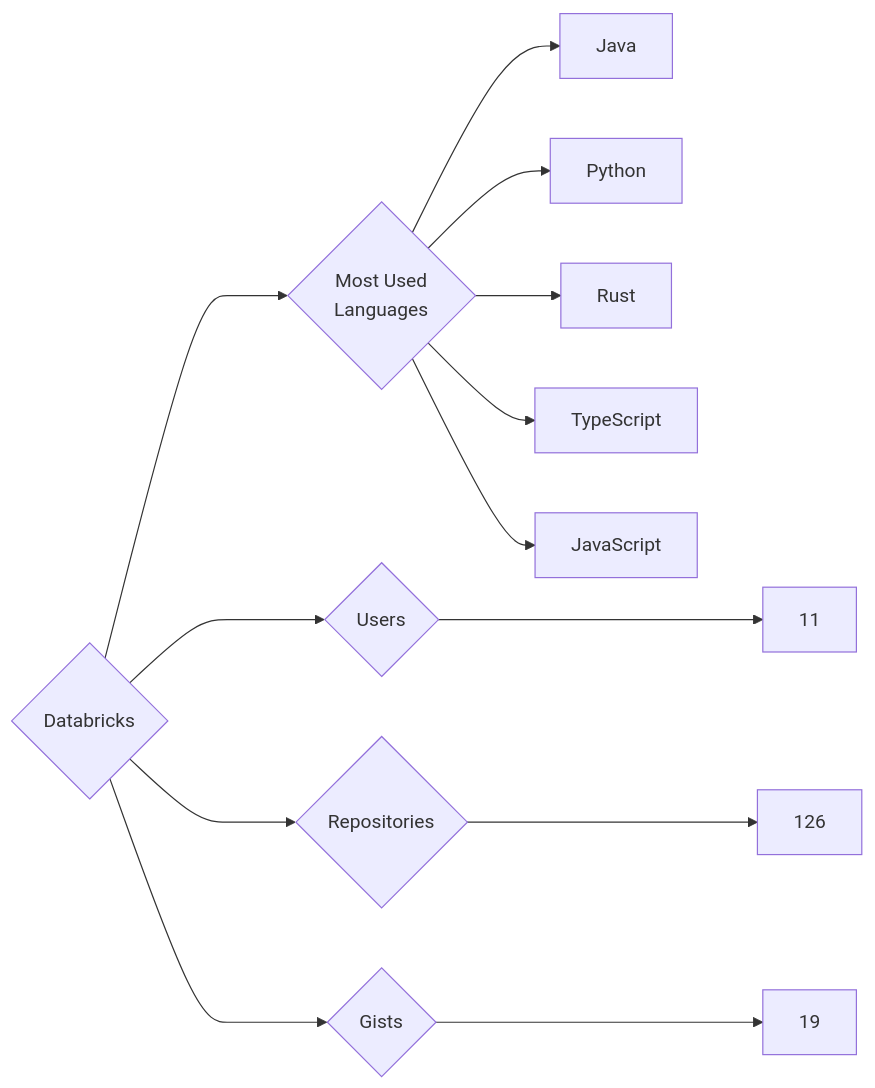
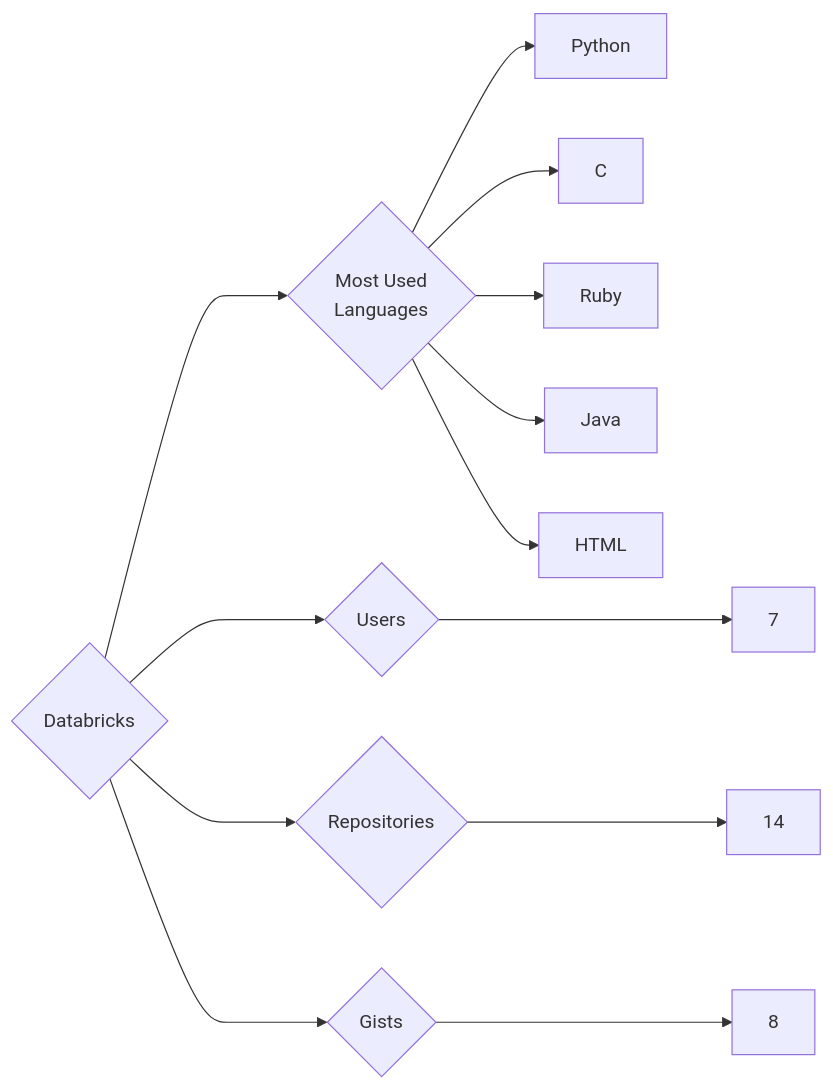
The diagram in targets/Databricks/README.md (trickest/insiders), drawn with Mermaid before and after one commit. The commit also changed 1212 other files, not shown here.

````diff
--- a/targets/Databricks/README.md
+++ b/targets/Databricks/README.md
@@ -3,13 +3,13 @@
 ```mermaid
 graph LR
 COMPANY_NAME{Databricks}
-COMPANY_NAME ---> U{Users} ---> UN[11]
-COMPANY_NAME ---> R{Repositories} ---> RN[126]
-COMPANY_NAME ---> G{Gists} ---> GN[19]
+COMPANY_NAME ---> U{Users} ---> UN[7]
+COMPANY_NAME ---> R{Repositories} ---> RN[14]
+COMPANY_NAME ---> G{Gists} ---> GN[8]
 COMPANY_NAME ---> ML{Most Used<br>Languages}
+ML --> Python[Python]
+ML --> C[C]
+ML --> Ruby[Ruby]
 ML --> Java[Java]
-ML --> Python[Python]
-ML --> Rust[Rust]
-ML --> TypeScript[TypeScript]
-ML --> JavaScript[JavaScript]
+ML --> HTML[HTML]
 ```
````
